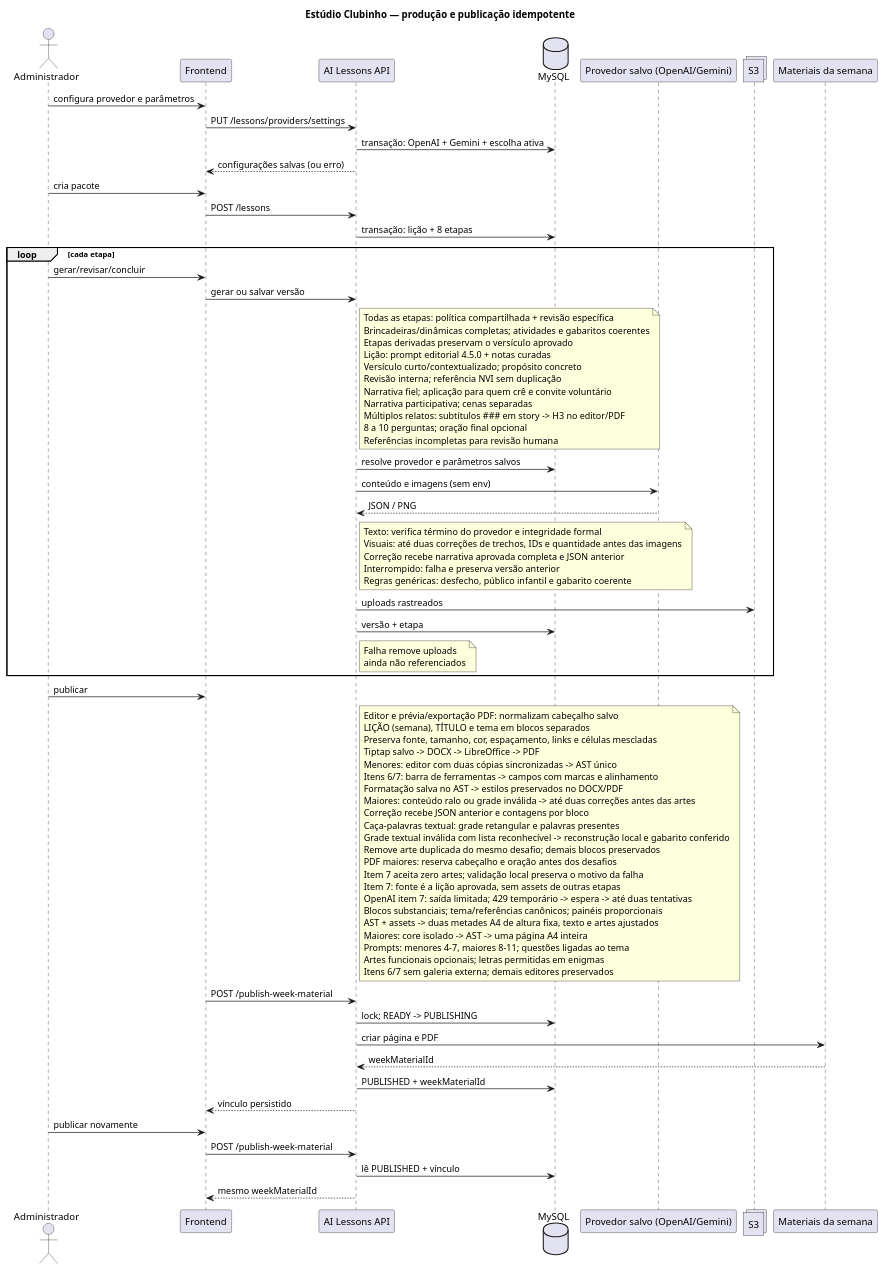
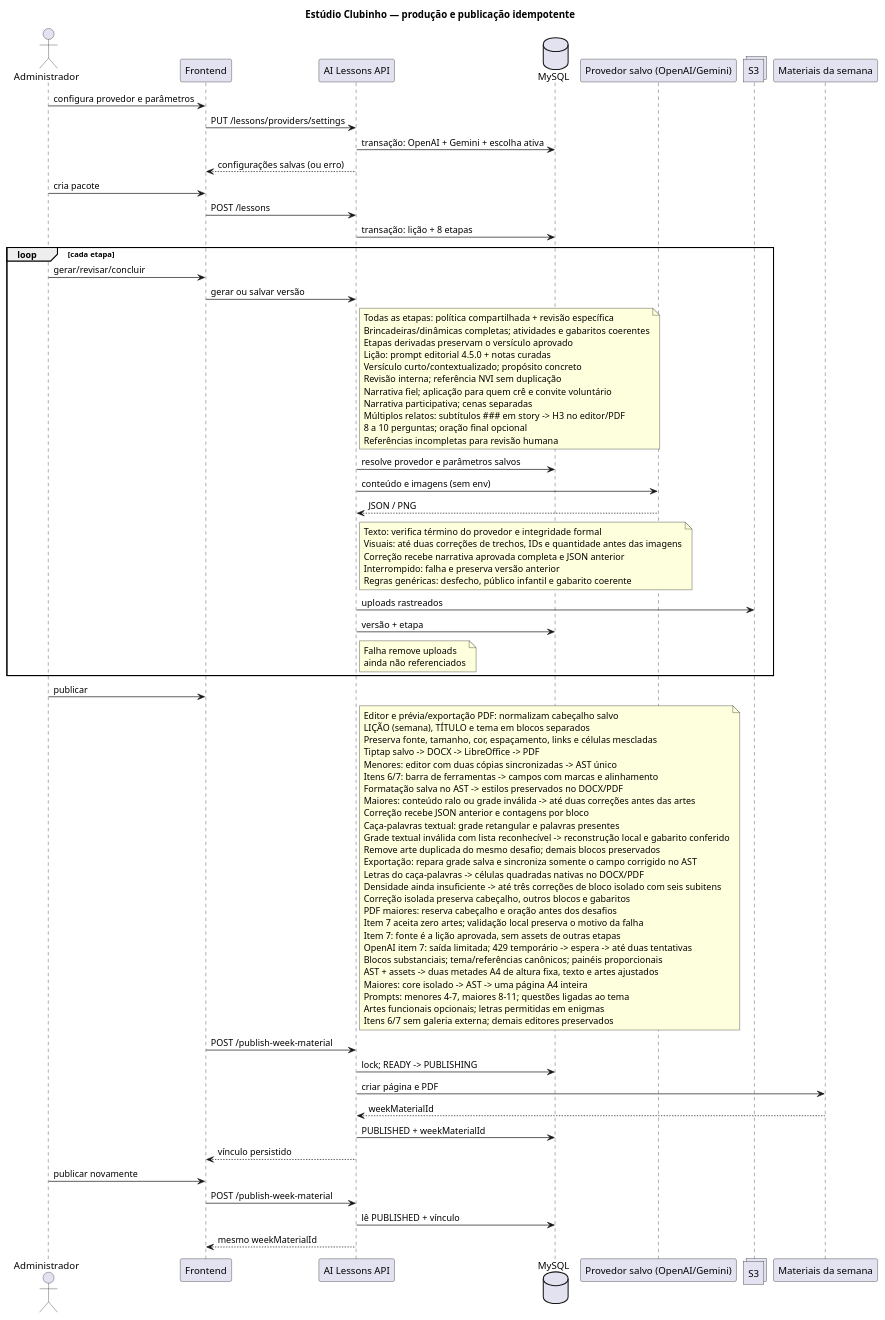
The diagram in docs/diagrams/flow/ai-lessons/ai-lessons-flow.puml (ministerioclubinhos/clubinhonib-api), drawn with PlantUML before and after one commit. The commit also changed 25 other files, not shown here.

```diff
--- a/docs/diagrams/flow/ai-lessons/ai-lessons-flow.puml
+++ b/docs/diagrams/flow/ai-lessons/ai-lessons-flow.puml
@@ -1,90 +1,94 @@
 @startuml
 title Estúdio Clubinho — produção e publicação idempotente
 actor Administrador
 participant Frontend
 participant "AI Lessons API" as API
 database MySQL
 participant "Provedor salvo (OpenAI/Gemini)" as OpenAI
 collections S3
 participant "Materiais da semana" as Week
 
 Administrador -> Frontend: configura provedor e parâmetros
 Frontend -> API: PUT /lessons/providers/settings
 API -> MySQL: transação: OpenAI + Gemini + escolha ativa
 API --> Frontend: configurações salvas (ou erro)
 
 Administrador -> Frontend: cria pacote
 Frontend -> API: POST /lessons
 API -> MySQL: transação: lição + 8 etapas
 
 loop cada etapa
   Administrador -> Frontend: gerar/revisar/concluir
   Frontend -> API: gerar ou salvar versão
   note right of API
     Todas as etapas: política compartilhada + revisão específica
     Brincadeiras/dinâmicas completas; atividades e gabaritos coerentes
     Etapas derivadas preservam o versículo aprovado
     Lição: prompt editorial 4.5.0 + notas curadas
     Versículo curto/contextualizado; propósito concreto
     Revisão interna; referência NVI sem duplicação
     Narrativa fiel; aplicação para quem crê e convite voluntário
     Narrativa participativa; cenas separadas
     Múltiplos relatos: subtítulos ### em story -> H3 no editor/PDF
     8 a 10 perguntas; oração final opcional
     Referências incompletas para revisão humana
   end note
   API -> MySQL: resolve provedor e parâmetros salvos
   API -> OpenAI: conteúdo e imagens (sem env)
   OpenAI --> API: JSON / PNG
   note right of API
     Texto: verifica término do provedor e integridade formal
     Visuais: até duas correções de trechos, IDs e quantidade antes das imagens
     Correção recebe narrativa aprovada completa e JSON anterior
     Interrompido: falha e preserva versão anterior
     Regras genéricas: desfecho, público infantil e gabarito coerente
   end note
   API -> S3: uploads rastreados
   API -> MySQL: versão + etapa
   note right of API
     Falha remove uploads
     ainda não referenciados
   end note
 end
 
 Administrador -> Frontend: publicar
 note right of API
   Editor e prévia/exportação PDF: normalizam cabeçalho salvo
   LIÇÃO (semana), TÍTULO e tema em blocos separados
   Preserva fonte, tamanho, cor, espaçamento, links e células mescladas
   Tiptap salvo -> DOCX -> LibreOffice -> PDF
   Menores: editor com duas cópias sincronizadas -> AST único
   Itens 6/7: barra de ferramentas -> campos com marcas e alinhamento
   Formatação salva no AST -> estilos preservados no DOCX/PDF
   Maiores: conteúdo ralo ou grade inválida -> até duas correções antes das artes
   Correção recebe JSON anterior e contagens por bloco
   Caça-palavras textual: grade retangular e palavras presentes
   Grade textual inválida com lista reconhecível -> reconstrução local e gabarito conferido
   Remove arte duplicada do mesmo desafio; demais blocos preservados
+  Exportação: repara grade salva e sincroniza somente o campo corrigido no AST
+  Letras do caça-palavras -> células quadradas nativas no DOCX/PDF
+  Densidade ainda insuficiente -> até três correções de bloco isolado com seis subitens
+  Correção isolada preserva cabeçalho, outros blocos e gabaritos
   PDF maiores: reserva cabeçalho e oração antes dos desafios
   Item 7 aceita zero artes; validação local preserva o motivo da falha
   Item 7: fonte é a lição aprovada, sem assets de outras etapas
   OpenAI item 7: saída limitada; 429 temporário -> espera -> até duas tentativas
   Blocos substanciais; tema/referências canônicos; painéis proporcionais
   AST + assets -> duas metades A4 de altura fixa, texto e artes ajustados
   Maiores: core isolado -> AST -> uma página A4 inteira
   Prompts: menores 4-7, maiores 8-11; questões ligadas ao tema
   Artes funcionais opcionais; letras permitidas em enigmas
   Itens 6/7 sem galeria externa; demais editores preservados
 end note
 Frontend -> API: POST /publish-week-material
 API -> MySQL: lock; READY -> PUBLISHING
 API -> Week: criar página e PDF
 Week --> API: weekMaterialId
 API -> MySQL: PUBLISHED + weekMaterialId
 API --> Frontend: vínculo persistido
 
 Administrador -> Frontend: publicar novamente
 Frontend -> API: POST /publish-week-material
 API -> MySQL: lê PUBLISHED + vínculo
 API --> Frontend: mesmo weekMaterialId
 @enduml
```
